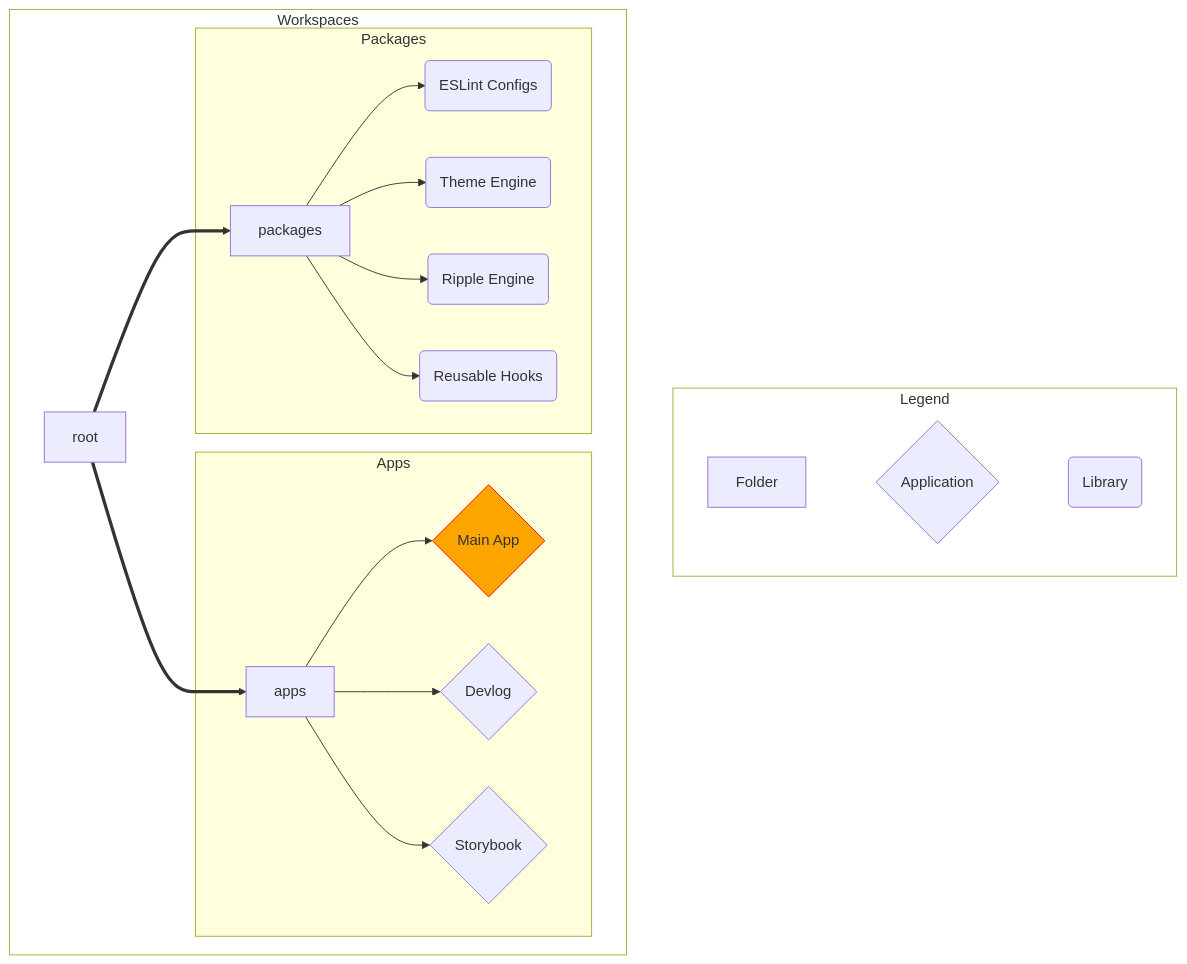
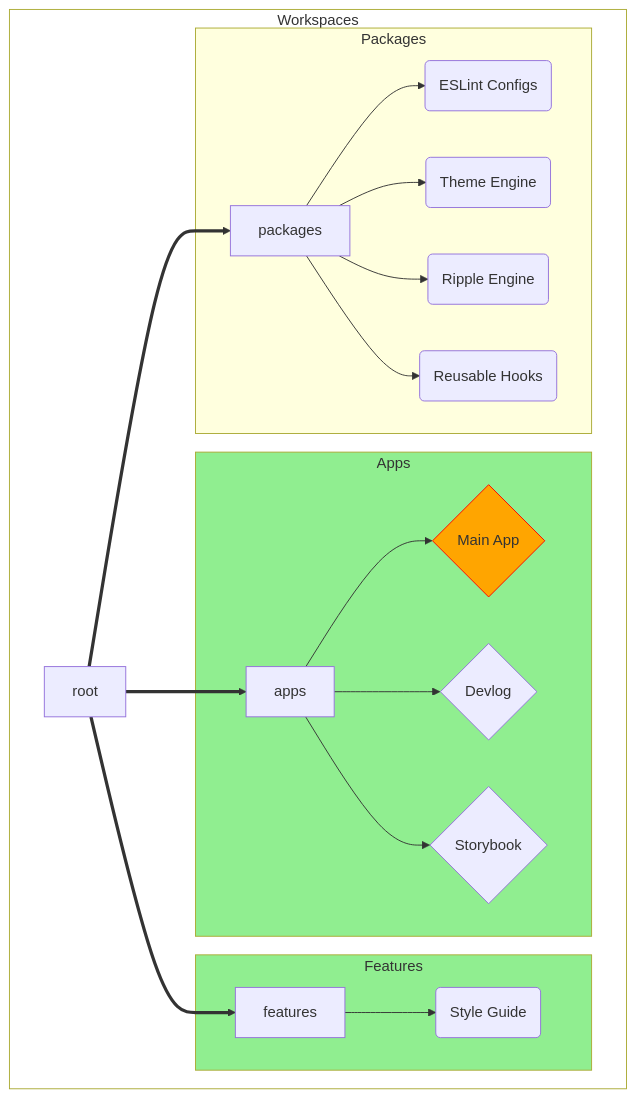
The first of 2 diagrams in apps/docs/docs/overview.md (sabinmarcu/librario), drawn with Mermaid before and after one commit. The commit also changed other lines of this file and 17 other files, not shown here.

````diff
--- a/apps/docs/docs/overview.md
+++ b/apps/docs/docs/overview.md
@@ -17,25 +16,26 @@
 ```mermaid
 graph TD
-  subgraph Legend
-    direction LR
-    folder[ Folder ] ~~~ app{ Application } ~~~ lib( Library )
-  end
   subgraph Workspaces
-  R[ root ] ==> A[ apps ]
-  R[ root ] ==> P[ packages ]
-  subgraph Apps
-  A --> APP{ Main App }
-  A --> DOCS{ Devlog }
-  A --> SB{ Storybook }
-  end
-  subgraph Packages
-  P --> ESL( ESLint Configs )
-  P --> THEME( Theme Engine )
-  P --> RIPPLE( Ripple Engine )
-  P --> HOOKS( Reusable Hooks )
-  end
+    R[ root ] ==> A[ apps ]
+    R[ root ] ==> P[ packages ]
+    R[ root ] ==> F[ features ]
+    subgraph Apps
+    A --> APP{ Main App }
+    A --> DOCS{ Devlog }
+    A --> SB{ Storybook }
+    end
+    subgraph Features
+    F --> UI( Style Guide )
+    end
+    subgraph Packages
+    P --> ESL( ESLint Configs )
+    P --> THEME( Theme Engine )
+    P --> RIPPLE( Ripple Engine )
+    P --> HOOKS( Reusable Hooks )
+    end
   end
   style APP stroke:red,fill:orange
-  style Legend fill:transparent
   style Workspaces fill:transparent
+  style Apps fill:lightgreen
+  style Features fill:lightgreen
 ```
````
